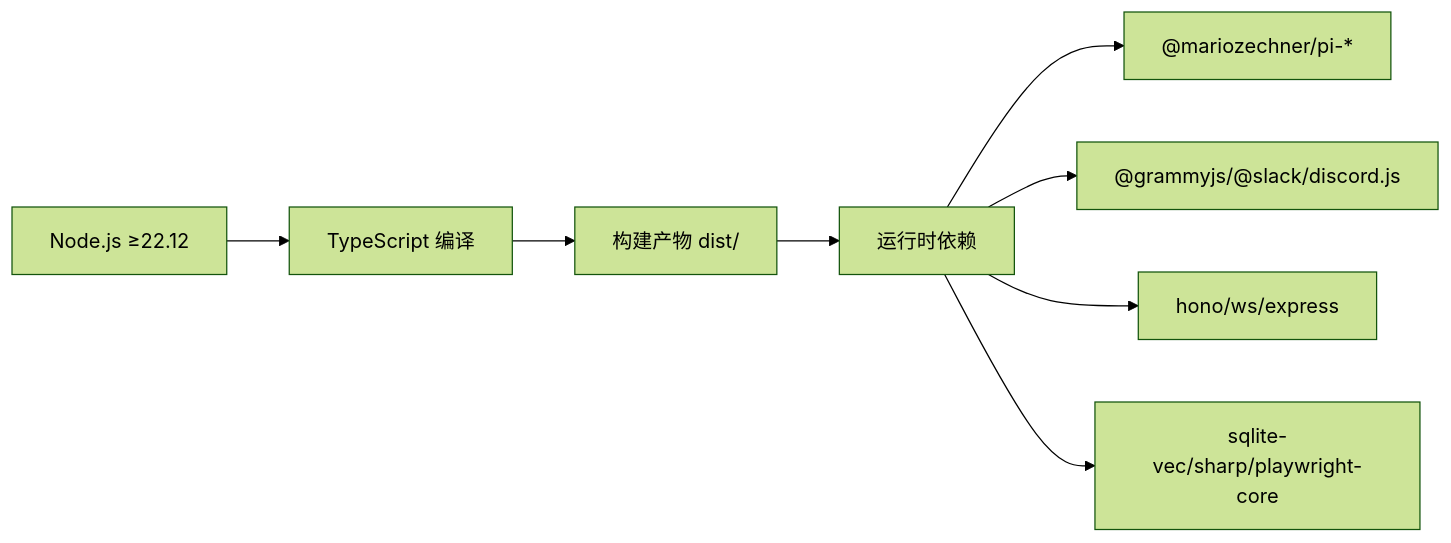
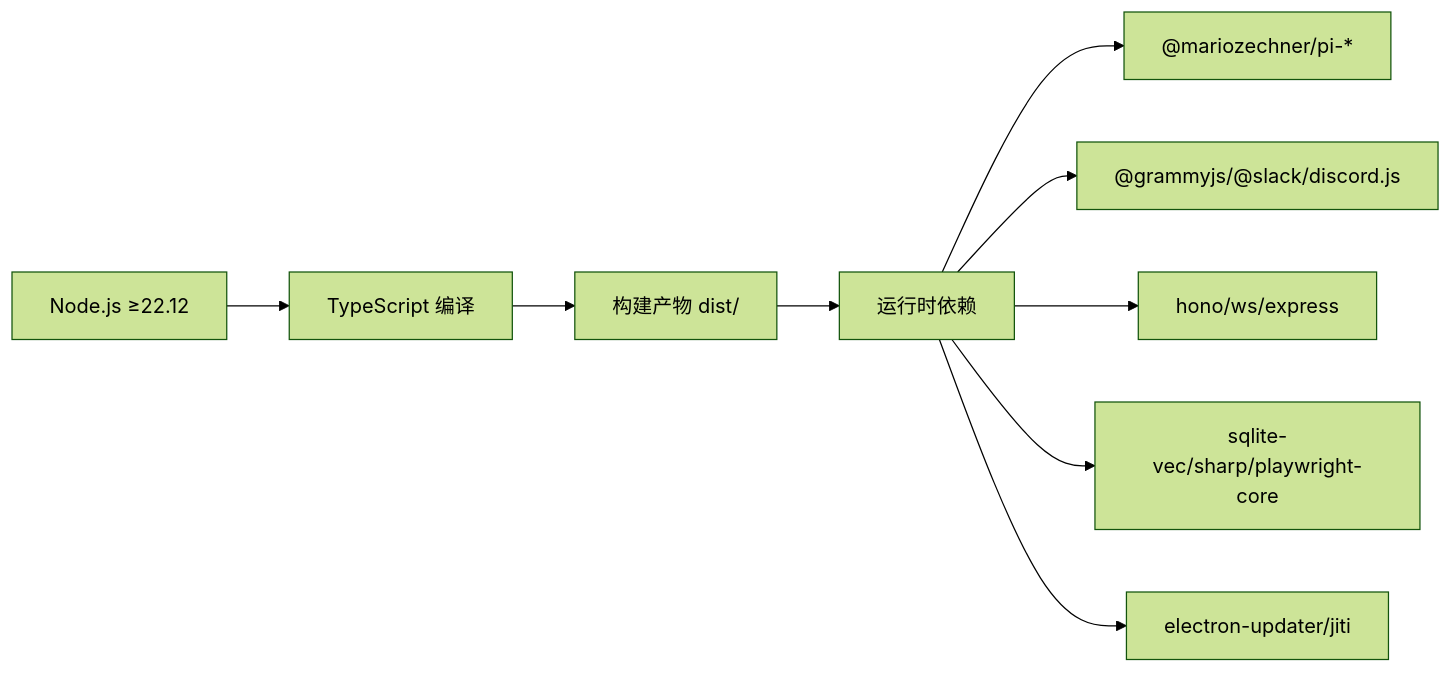
Before and after one commit to verse-ai-org/openclaw: the tenth of 10 diagrams in .qoder/repowiki/zh/content/开发者指南/开发者指南.md, drawn with Mermaid (forest theme). The commit also changed other lines of this file and 23 other files, not shown here.

````diff
--- a/.qoder/repowiki/zh/content/开发者指南/开发者指南.md
+++ b/.qoder/repowiki/zh/content/开发者指南/开发者指南.md
@@ -313,10 +461,11 @@
 ```mermaid
 graph LR
 Node["Node.js ≥22.12"] --> TS["TypeScript 编译"]
 TS --> Dist["构建产物 dist/"]
 Dist --> Runtime["运行时依赖"]
 Runtime --> PI["@mariozechner/pi-*"]
 Runtime --> Channels["@grammyjs/@slack/discord.js"]
 Runtime --> HTTP["hono/ws/express"]
 Runtime --> Media["sqlite-vec/sharp/playwright-core"]
+Runtime --> Electron["electron-updater/jiti"]
 ```
````
